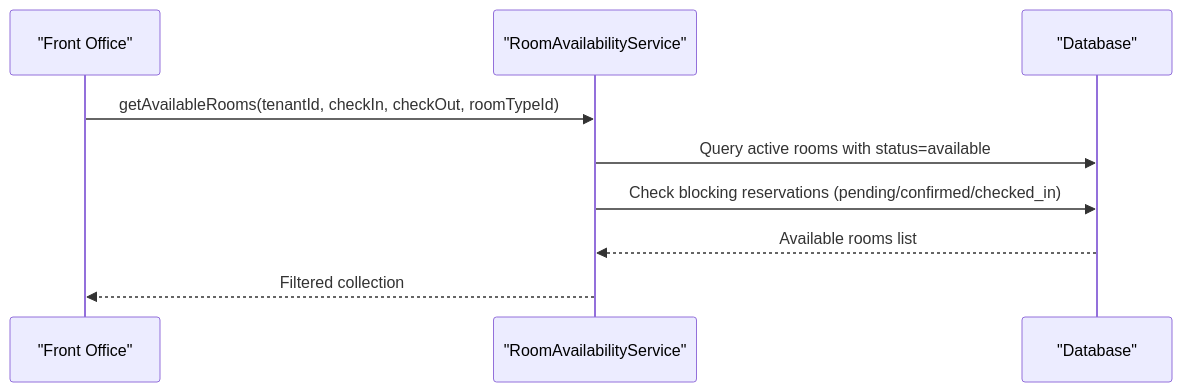
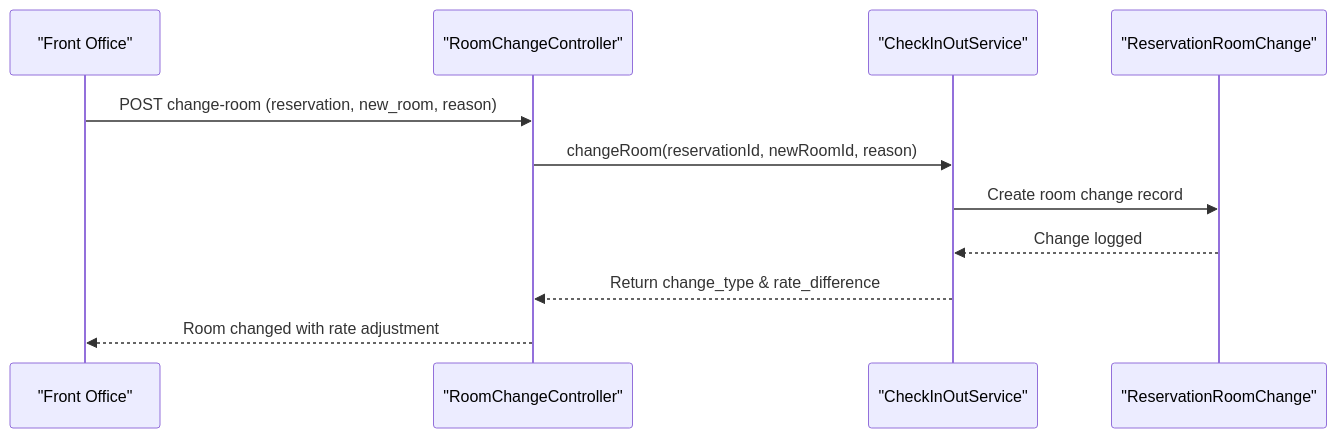
One commit to wahyudedik/qalcuityERP changed the fourth of 11 diagrams in .qoder/repowiki/en/content/Industry-Specific Modules/Hotel & Resort Management Module/Hotel & Resort Management Module.md. Above: the diagram before and after it, drawn with Mermaid. The commit also changed other lines of this file and 626 other files, not shown here.

````diff
--- a/.qoder/repowiki/en/content/Industry-Specific Modules/Hotel & Resort Management Module/Hotel & Resort Management Module.md
+++ b/.qoder/repowiki/en/content/Industry-Specific Modules/Hotel & Resort Management Module/Hotel & Resort Management Module.md
@@ -201,11 +262,13 @@
 ```mermaid
 sequenceDiagram
 participant FrontDesk as "Front Office"
-participant RAS as "RoomAvailabilityService"
-participant DB as "Database"
-FrontDesk->>RAS : getAvailableRooms(tenantId, checkIn, checkOut, roomTypeId)
-RAS->>DB : Query active rooms with status=available
-RAS->>DB : Check blocking reservations (pending/confirmed/checked_in)
-DB-->>RAS : Available rooms list
-RAS-->>FrontDesk : Filtered collection
+participant RC as "RoomChangeController"
+participant Service as "CheckInOutService"
+participant Log as "ReservationRoomChange"
+FrontDesk->>RC : POST change-room (reservation, new_room, reason)
+RC->>Service : changeRoom(reservationId, newRoomId, reason)
+Service->>Log : Create room change record
+Log-->>Service : Change logged
+Service-->>RC : Return change_type & rate_difference
+RC-->>FrontDesk : Room changed with rate adjustment
 ```
````
